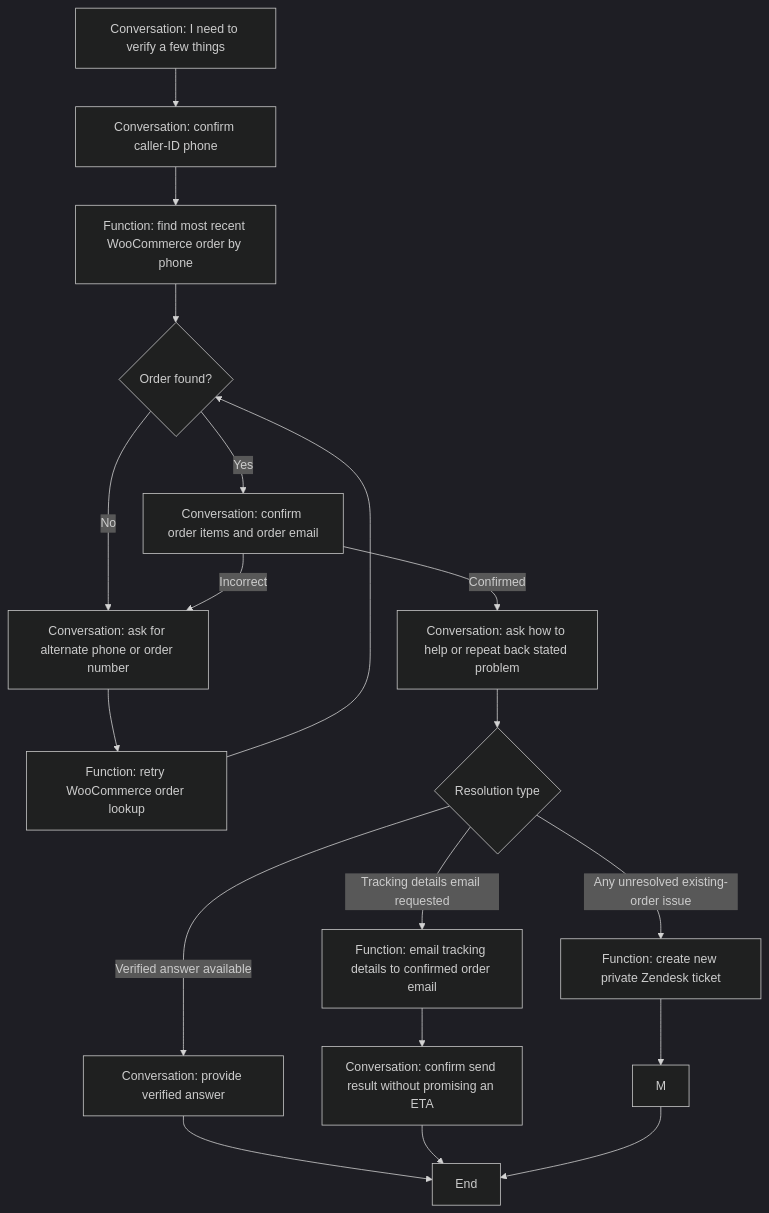
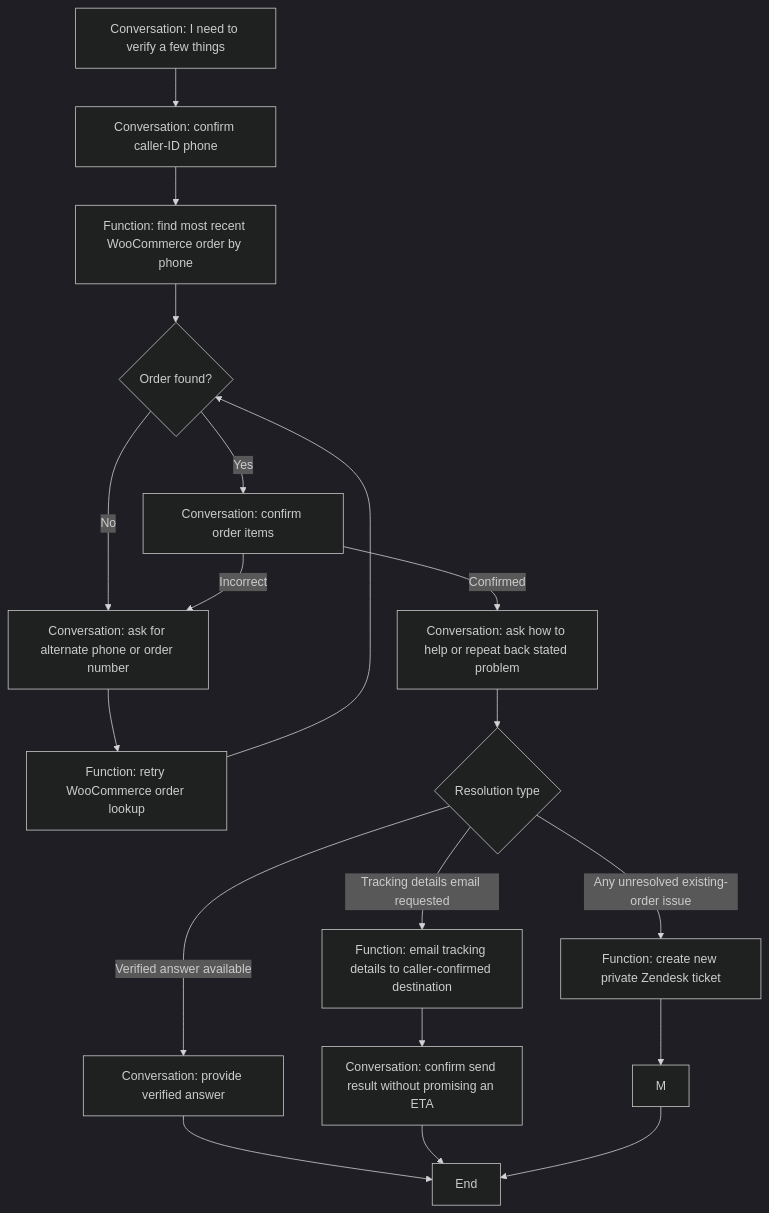
Before and after one commit to adeolaemmanuelmorren/genstone-ai-customer-agent: the third of 4 diagrams in retell-reference-materials/docs/genstone-capability-examples.md, drawn with Mermaid (dark theme). The commit also changed other lines of this file and 41 other files, not shown here.

````diff
--- a/retell-reference-materials/docs/genstone-capability-examples.md
+++ b/retell-reference-materials/docs/genstone-capability-examples.md
@@ -219,21 +218,21 @@
 ```mermaid
 flowchart TD
     A["Conversation: I need to verify a few things"] --> B["Conversation: confirm caller-ID phone"]
     B --> C["Function: find most recent WooCommerce order by phone"]
     C --> D{"Order found?"}
     D -->|"No"| E["Conversation: ask for alternate phone or order number"]
     E --> F["Function: retry WooCommerce order lookup"]
     F --> D
-    D -->|"Yes"| G["Conversation: confirm order items and order email"]
+    D -->|"Yes"| G["Conversation: confirm order items"]
     G -->|"Incorrect"| E
     G -->|"Confirmed"| H["Conversation: ask how to help or repeat back stated problem"]
     H --> I{"Resolution type"}
     I -->|"Verified answer available"| J["Conversation: provide verified answer"]
-    I -->|"Tracking details email requested"| O["Function: email tracking details to confirmed order email"]
+    I -->|"Tracking details email requested"| O["Function: email tracking details to caller-confirmed destination"]
     I -->|"Any unresolved existing-order issue"| L["Function: create new private Zendesk ticket"]
     O --> P["Conversation: confirm send result without promising an ETA"]
     L --> M
     J --> N["End"]
     P --> N
     M --> N
 ```
````
